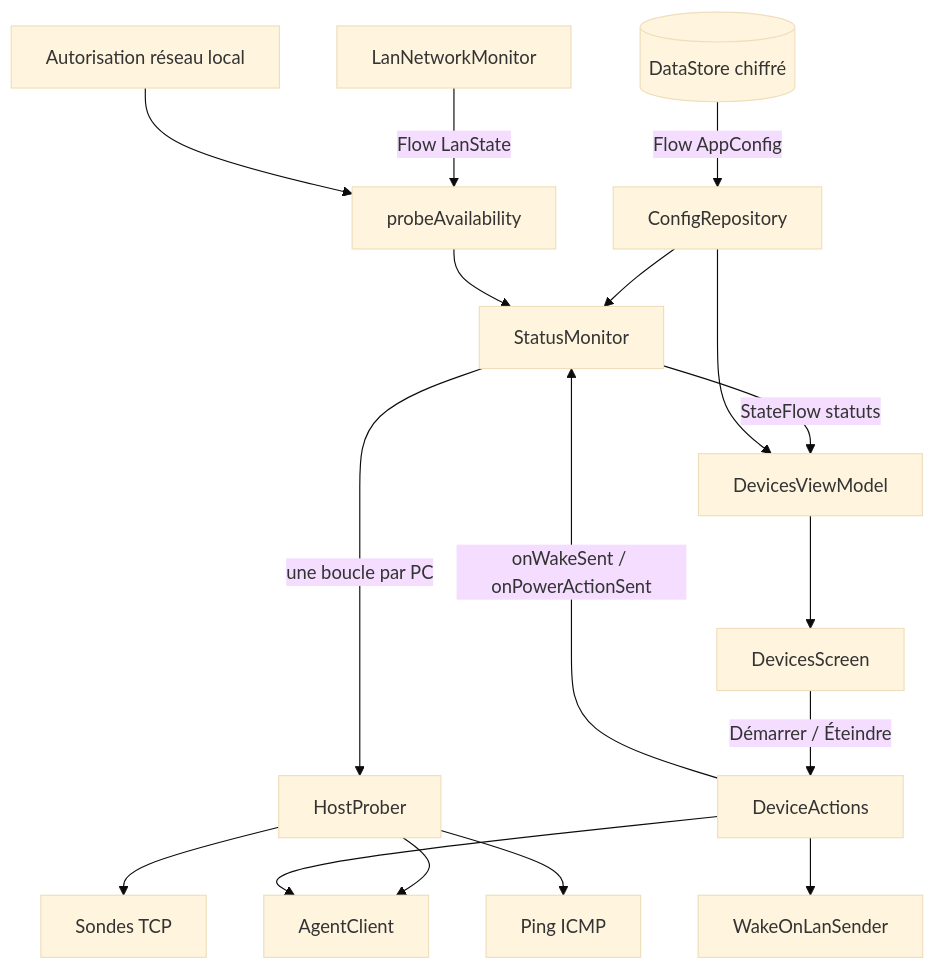
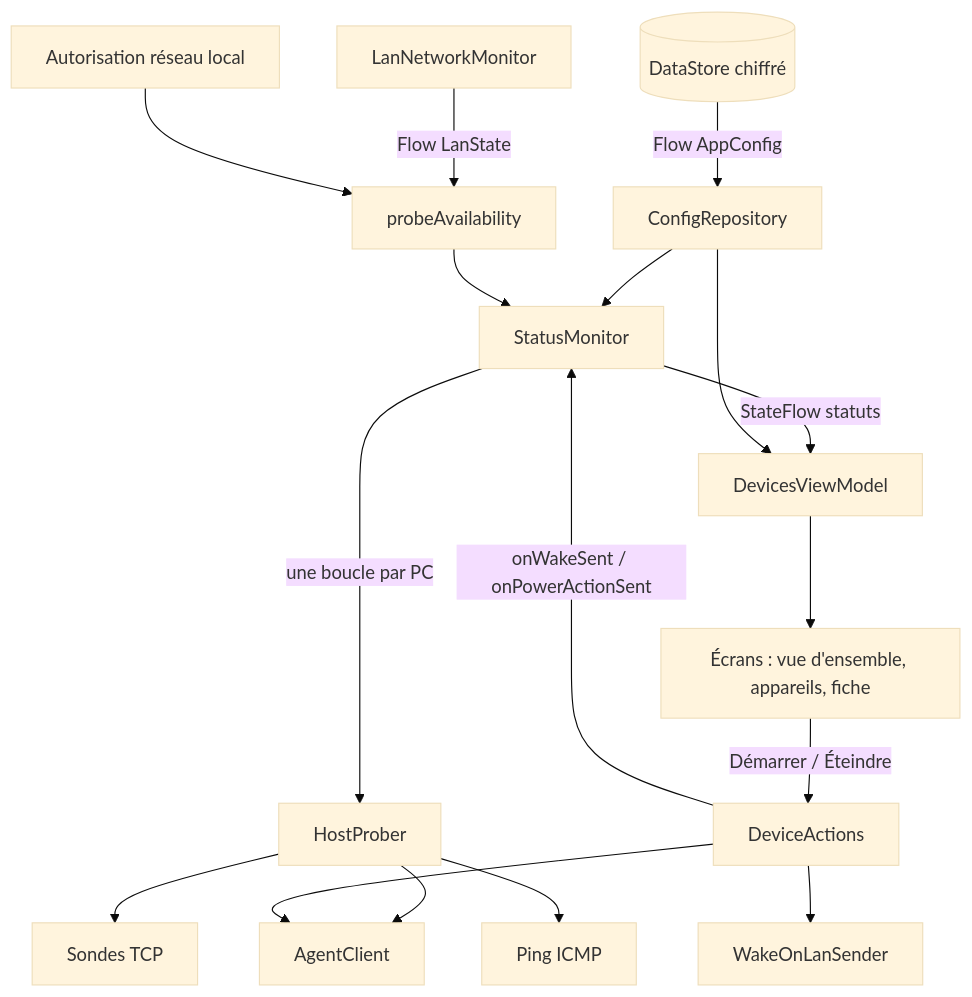
The first of 4 diagrams in docs/ARCHITECTURE.md (slaynAW/Patronus), drawn with Mermaid (base theme) before and after one commit. The commit also changed other lines of this file and 128 other files, not shown here.

````diff
--- a/docs/ARCHITECTURE.md
+++ b/docs/ARCHITECTURE.md
@@ -36,19 +39,19 @@
 ```mermaid
 flowchart TB
     DS[(DataStore chiffré)] -->|Flow AppConfig| Repo[ConfigRepository]
     Net[LanNetworkMonitor] -->|Flow LanState| Avail[probeAvailability]
     Perm[Autorisation réseau local] --> Avail
     Repo --> Mon[StatusMonitor]
     Avail --> Mon
     Mon -->|une boucle par PC| Prober[HostProber]
     Prober --> Agent[AgentClient]
     Prober --> TCP[Sondes TCP]
     Prober --> Ping[Ping ICMP]
     Mon -->|StateFlow statuts| VM[DevicesViewModel]
     Repo --> VM
-    VM --> UI[DevicesScreen]
+    VM --> UI[Écrans : vue d'ensemble, appareils, fiche]
     UI -->|Démarrer / Éteindre| Actions[DeviceActions]
     Actions --> Sender[WakeOnLanSender]
     Actions --> Agent
     Actions -->|onWakeSent / onPowerActionSent| Mon
 ```
````
